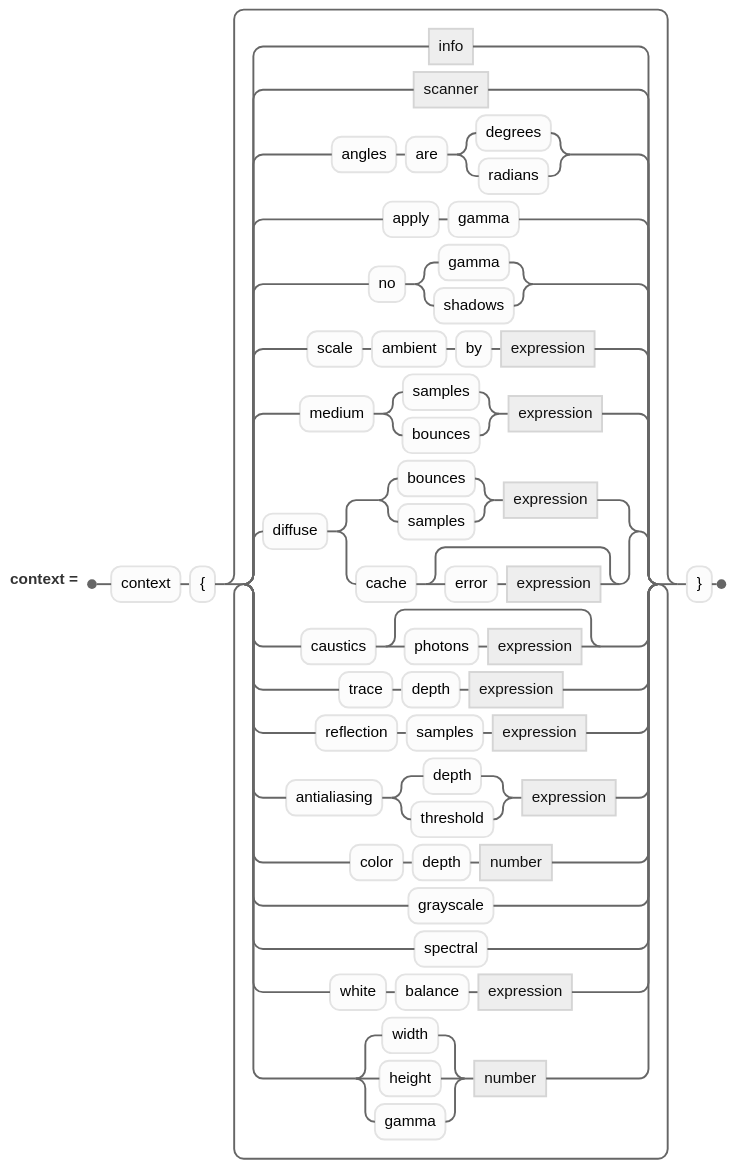
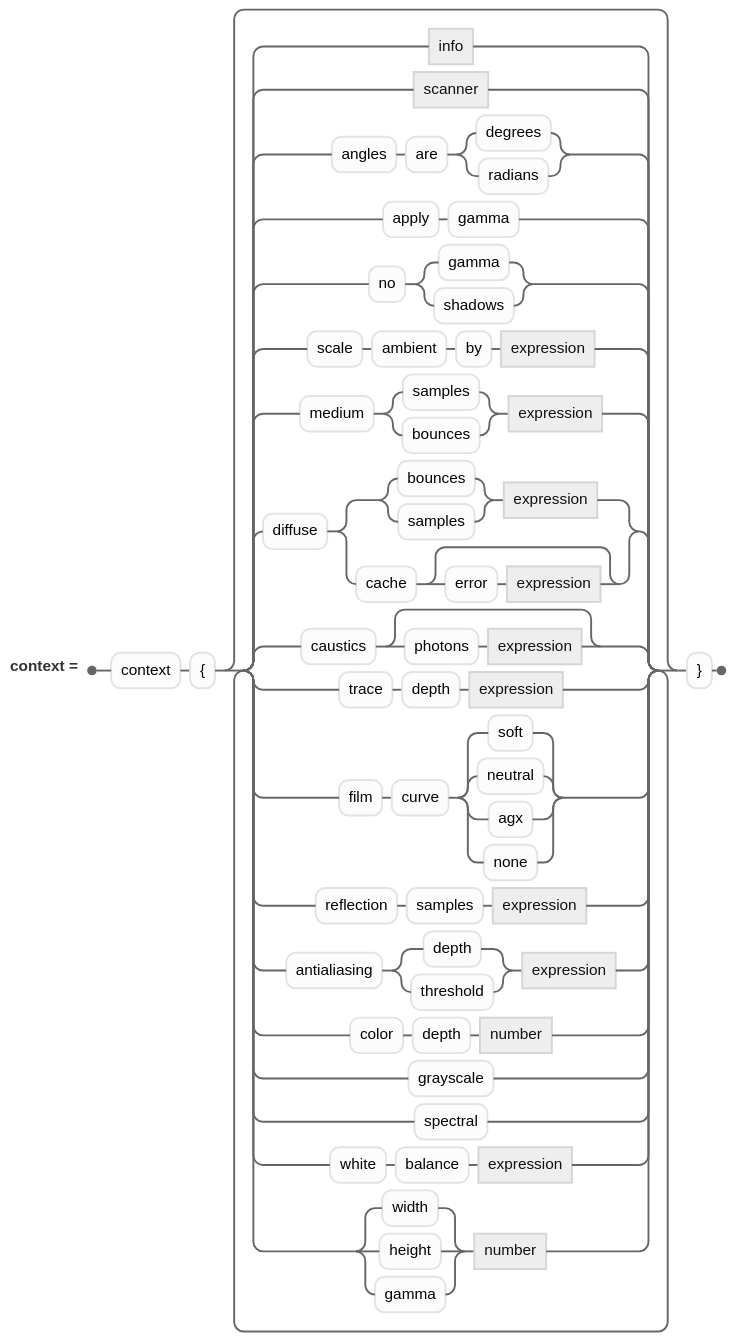
One commit to jskress/RayTracer changed the diagram in docs/diagrams/context/contextClause.mmd. Above: the diagram before and after it, drawn with Mermaid (neutral theme). The commit also changed 123 other files, not shown here.

```diff
--- a/docs/diagrams/context/contextClause.mmd
+++ b/docs/diagrams/context/contextClause.mmd
@@ -1,15 +1,16 @@
 railroad-ebnf-beta
 title "The context block"
 
 context = "context" "{" { info | scanner | "angles" "are" ( "degrees" | "radians" )
         | "apply" "gamma" | "no" ( "gamma" | "shadows" )
         | "scale" "ambient" "by" expression
         | "medium" ( "samples" | "bounces" ) expression
         | "diffuse" ( ( "bounces" | "samples" ) expression | "cache" [ "error" expression ] )
         | "caustics" [ "photons" expression ]
         | "trace" "depth" expression
+        | "film" "curve" ( "soft" | "neutral" | "agx" | "none" )
         | "reflection" "samples" expression
         | "antialiasing" ( "depth" | "threshold" ) expression
         | "color" "depth" number | "grayscale" | "spectral"
         | "white" "balance" expression
         | ( "width" | "height" | "gamma" ) number } "}" ;
```
